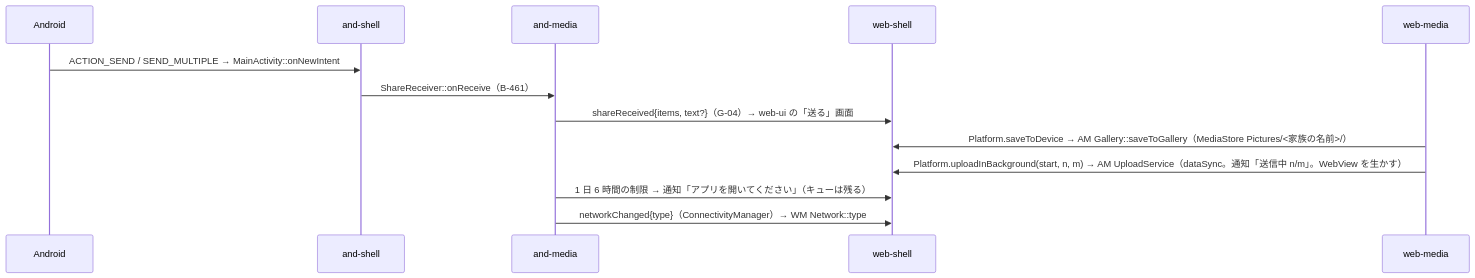
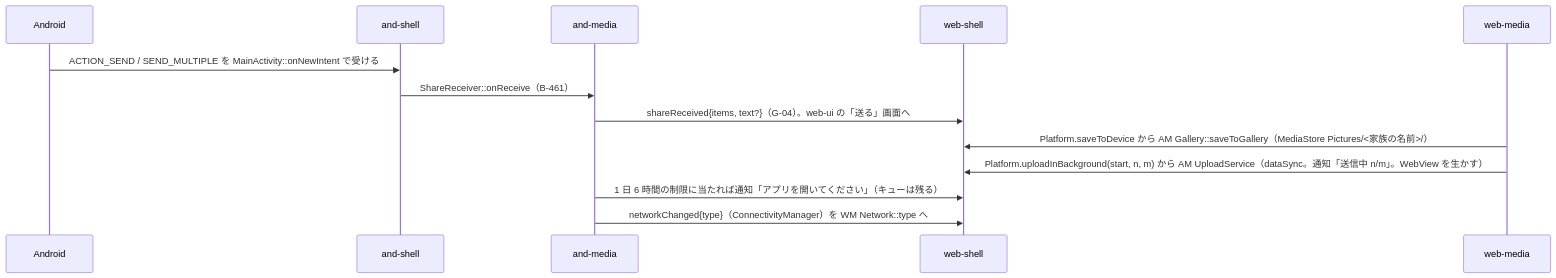
Before and after one commit to nrsd-ishikawasou/family-talk-pwa: the fourth of 5 diagrams in dev/docs/jp/シーケンス/14_Androidのシェル.md, drawn with Mermaid. The commit also changed other lines of this file and 290 other files, not shown here.

````diff
--- a/dev/docs/jp/シーケンス/14_Androidのシェル.md
+++ b/dev/docs/jp/シーケンス/14_Androidのシェル.md
@@ -87,15 +99,15 @@
 ```mermaid
 sequenceDiagram
   participant OS as Android
   participant AS as and-shell
   participant AM as and-media
   participant WH as web-shell
   participant WM as web-media
-  OS->>AS: ACTION_SEND / SEND_MULTIPLE → MainActivity::onNewIntent
+  OS->>AS: ACTION_SEND / SEND_MULTIPLE を MainActivity::onNewIntent で受ける
   AS->>AM: ShareReceiver::onReceive（B-461）
-  AM->>WH: shareReceived{items, text?}（G-04）→ web-ui の「送る」画面
-  WM->>WH: Platform.saveToDevice → AM Gallery::saveToGallery（MediaStore Pictures/<家族の名前>/）
-  WM->>WH: Platform.uploadInBackground(start, n, m) → AM UploadService（dataSync。通知「送信中 n/m」。WebView を生かす）
-  AM->>WH: 1 日 6 時間の制限 → 通知「アプリを開いてください」（キューは残る）
-  AM->>WH: networkChanged{type}（ConnectivityManager）→ WM Network::type
+  AM->>WH: shareReceived{items, text?}（G-04）。web-ui の「送る」画面へ
+  WM->>WH: Platform.saveToDevice から AM Gallery::saveToGallery（MediaStore Pictures/<家族の名前>/）
+  WM->>WH: Platform.uploadInBackground(start, n, m) から AM UploadService（dataSync。通知「送信中 n/m」。WebView を生かす）
+  AM->>WH: 1 日 6 時間の制限に当たれば通知「アプリを開いてください」（キューは残る）
+  AM->>WH: networkChanged{type}（ConnectivityManager）を WM Network::type へ
 ```
````
